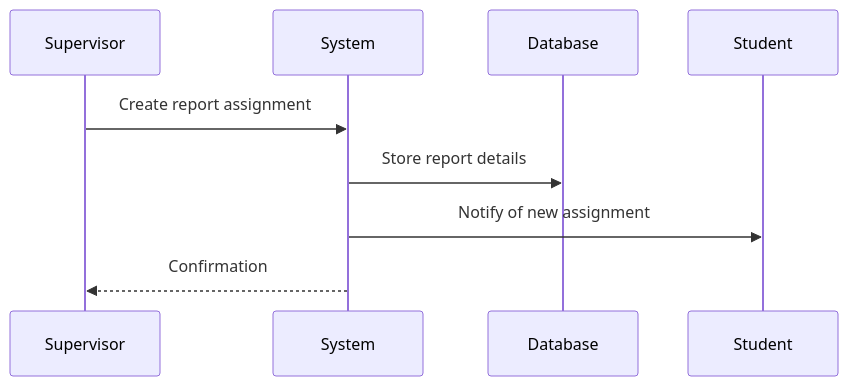
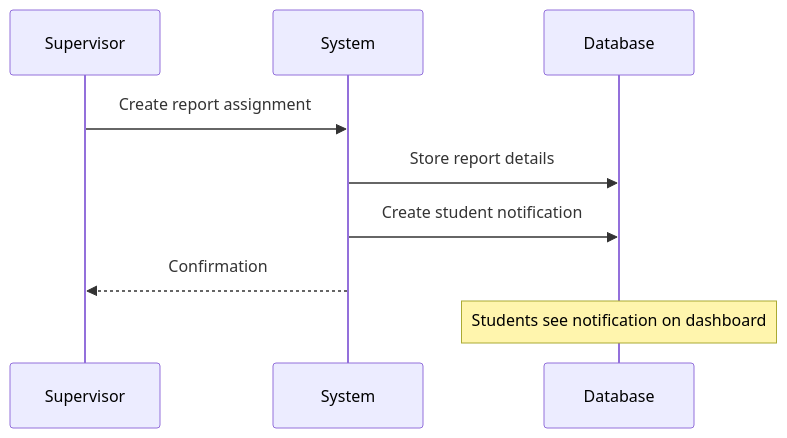
The fifth of 16 diagrams in sequence.md (abdullah2323442/thesisrepo-backup), drawn with Mermaid before and after one commit. The commit also changed other lines of this file, not shown here.

Commit message:
refactor(sequence-diagrams): Enhance student notification processes in report submission and management workflows

````diff
--- a/sequence.md
+++ b/sequence.md
@@ -95,12 +94,13 @@
 ```mermaid
 sequenceDiagram
     participant Supervisor
     participant System
     participant Database
-    participant Student
 
     Supervisor->>System: Create report assignment
     System->>Database: Store report details
-    System->>Student: Notify of new assignment
+    System->>Database: Create student notification
     System-->>Supervisor: Confirmation
+    
+    Note over Database: Students see notification on dashboard
 ```
````
